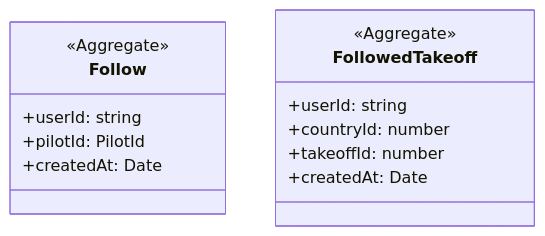
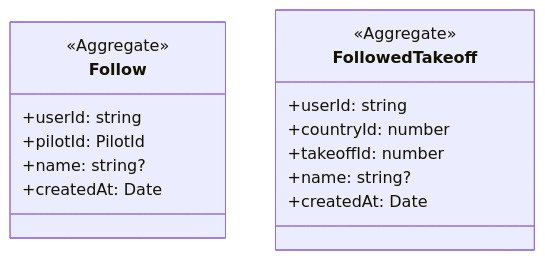
The diagram in docs/blueprint/domain/following.md (SondreBakken/flight-log-remastered), drawn with Mermaid before and after one commit. The commit also changed other lines of this file and 3 other files, not shown here.

````diff
--- a/docs/blueprint/domain/following.md
+++ b/docs/blueprint/domain/following.md
@@ -3,16 +3,18 @@
 ```mermaid
 classDiagram
     class Follow {
         <<Aggregate>>
         +userId: string
         +pilotId: PilotId
+        +name: string?
         +createdAt: Date
     }
     class FollowedTakeoff {
         <<Aggregate>>
         +userId: string
         +countryId: number
         +takeoffId: number
+        +name: string?
         +createdAt: Date
     }
 ```
````
